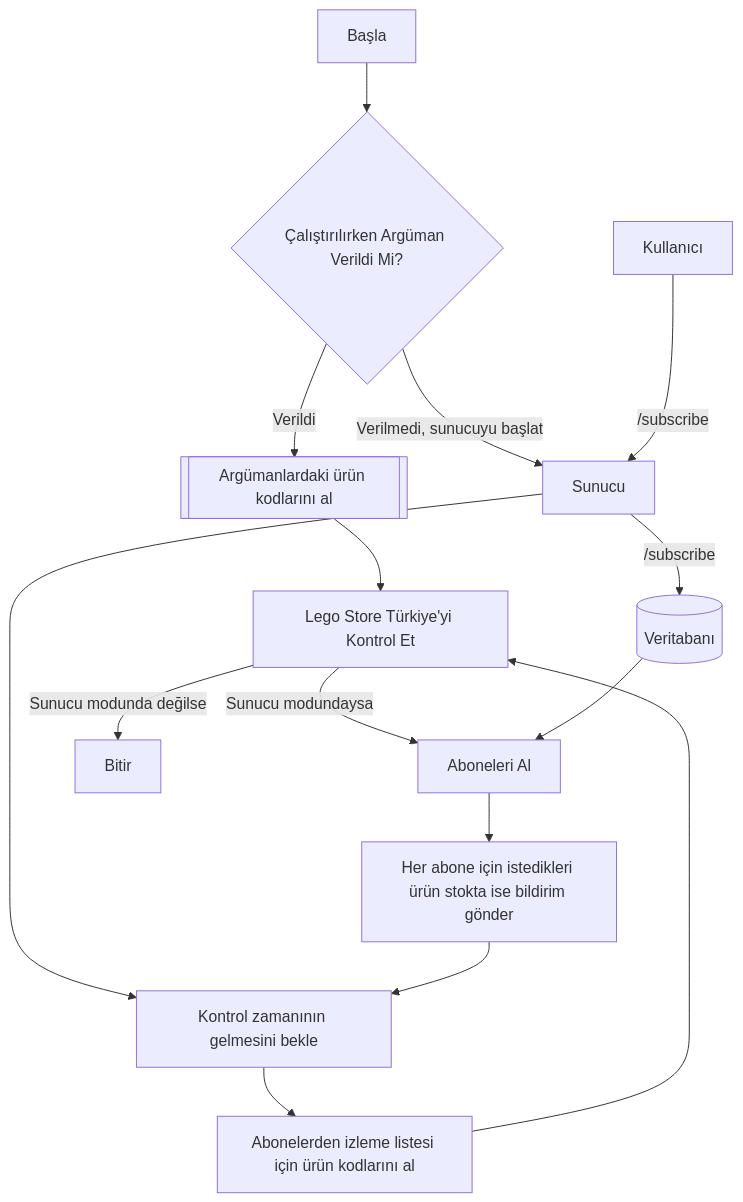
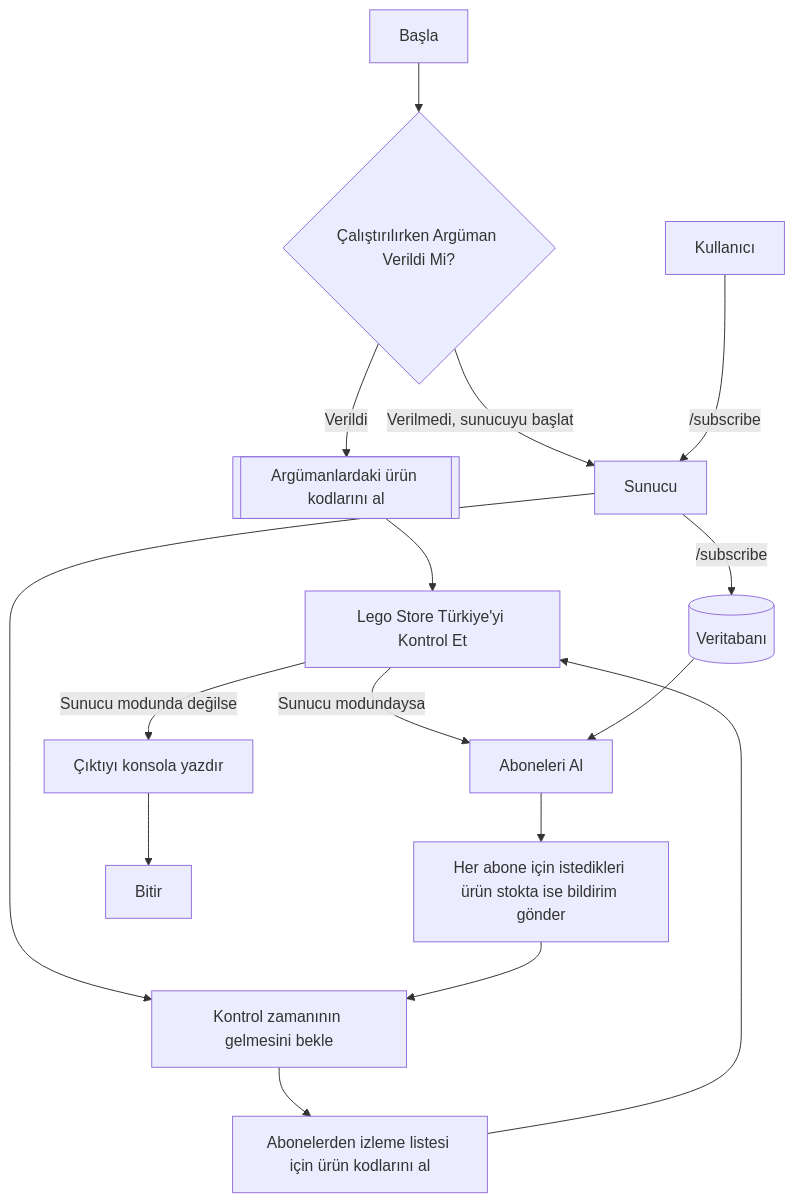
One commit to yussufbiyik/lego-store-stock-checker changed the first of 2 diagrams in readme.md. Above: the diagram before and after it, drawn with Mermaid.

````diff
--- a/readme.md
+++ b/readme.md
@@ -11,17 +11,18 @@
 ```mermaid
 graph TD;
     A[Başla] --> B{Çalıştırılırken Argüman Verildi Mi?}
     B --> |Verildi| C[[Argümanlardaki ürün kodlarını al]]
     C --> D[Lego Store Türkiye'yi Kontrol Et]
     B --> |Verilmedi, sunucuyu başlat| E[Sunucu]
     F[Kullanıcı] --> |/subscribe| E
     E --> |/subscribe| I[(Veritabanı)]
     E --> G[Kontrol zamanının gelmesini bekle]
     G --> H[Abonelerden izleme listesi için ürün kodlarını al]
     H --> D
     D --> |Sunucu modundaysa| J[Aboneleri Al]
     I --> J
     J --> K[Her abone için istedikleri ürün stokta ise bildirim gönder]
     K --> G
-    D --> |Sunucu modunda değilse| L[Bitir]
+    D --> |Sunucu modunda değilse| L[Çıktıyı konsola yazdır]
+    L --> M[Bitir]
 ```
````
